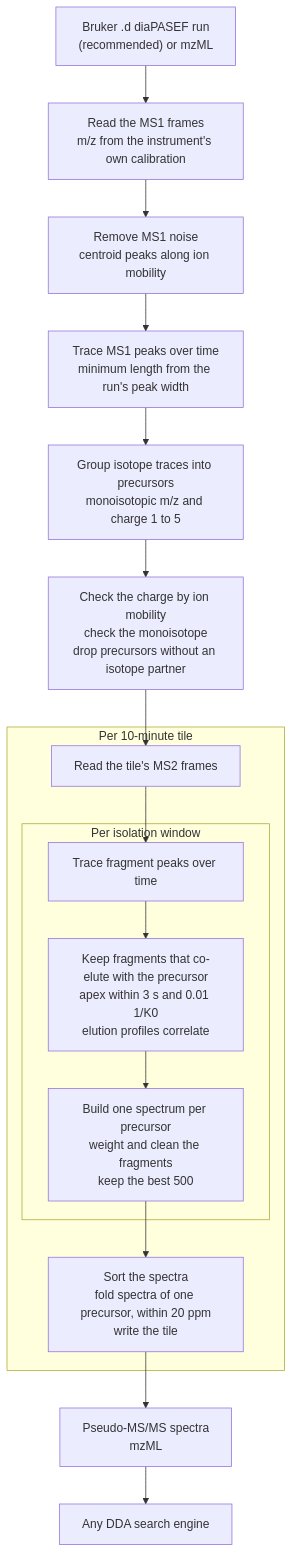
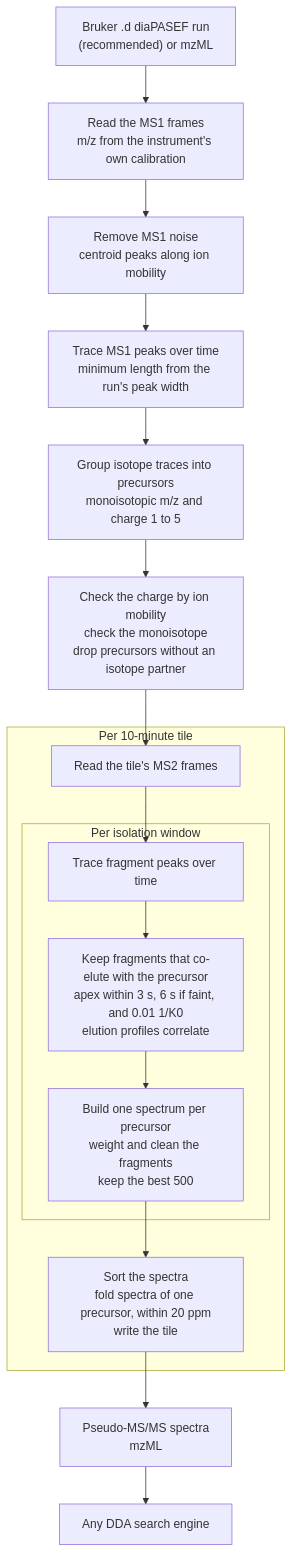
Before and after one commit to okohlbacher/diaspextract-dev: the diagram in README.md, drawn with Mermaid. The commit also changed 8 other files, not shown here.

````diff
--- a/README.md
+++ b/README.md
@@ -16,21 +16,21 @@
 ```mermaid
 flowchart TD
     IN["Bruker .d diaPASEF run<br/>(recommended) or mzML"] --> MS1["Read the MS1 frames<br/>m/z from the instrument's own calibration"]
     MS1 --> CLEAN["Remove MS1 noise<br/>centroid peaks along ion mobility"]
     CLEAN --> TRACE["Trace MS1 peaks over time<br/>minimum length from the run's peak width"]
     TRACE --> PREC["Group isotope traces into precursors<br/>monoisotopic m/z and charge 1 to 5"]
     PREC --> CHECK["Check the charge by ion mobility<br/>check the monoisotope<br/>drop precursors without an isotope partner"]
     subgraph TILE["Per 10-minute tile"]
         READ["Read the tile's MS2 frames"]
         subgraph WIN["Per isolation window"]
-            FRAG["Trace fragment peaks over time"] --> GATE["Keep fragments that co-elute with the precursor<br/>apex within 3 s and 0.01 1/K0<br/>elution profiles correlate"]
+            FRAG["Trace fragment peaks over time"] --> GATE["Keep fragments that co-elute with the precursor<br/>apex within 3 s, 6 s if faint, and 0.01 1/K0<br/>elution profiles correlate"]
             GATE --> SPEC["Build one spectrum per precursor<br/>weight and clean the fragments<br/>keep the best 500"]
         end
         FOLD["Sort the spectra<br/>fold spectra of one precursor, within 20 ppm<br/>write the tile"]
     end
     CHECK --> READ
     READ --> FRAG
     SPEC --> FOLD
     FOLD --> OUT["Pseudo-MS/MS spectra<br/>mzML"]
     OUT --> SEARCH["Any DDA search engine"]
 ```
````
